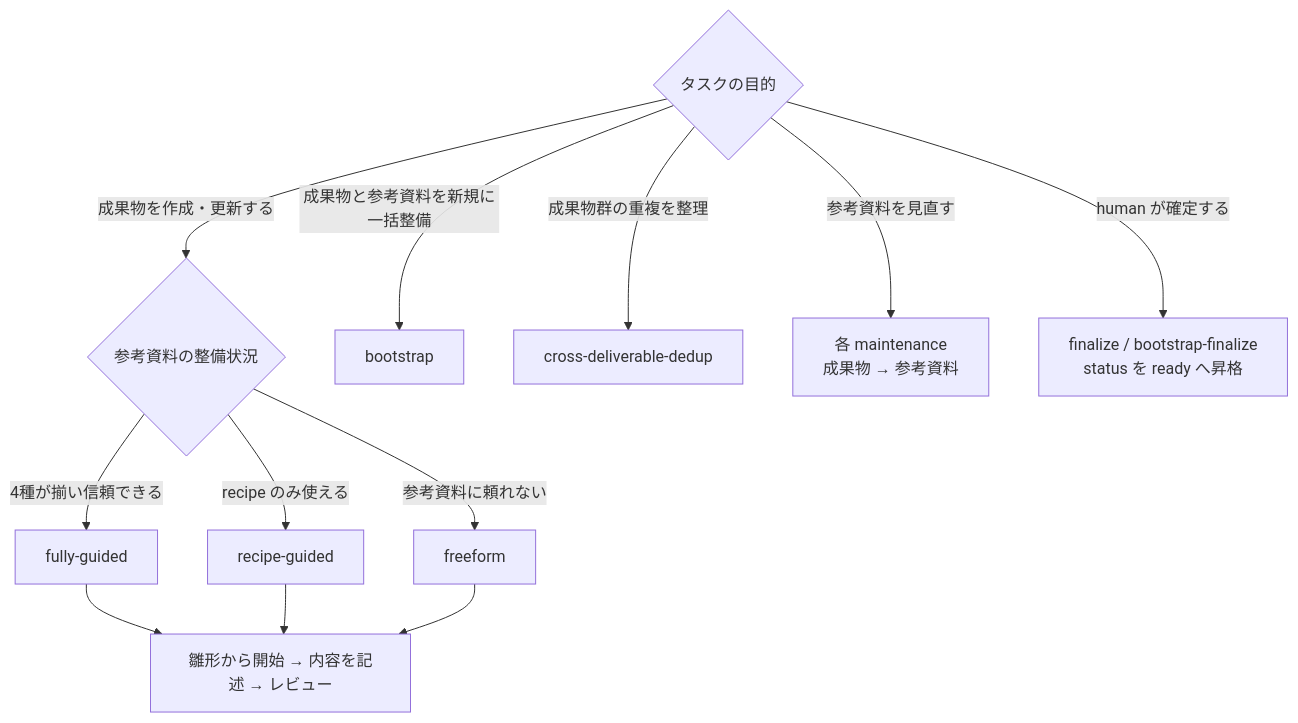
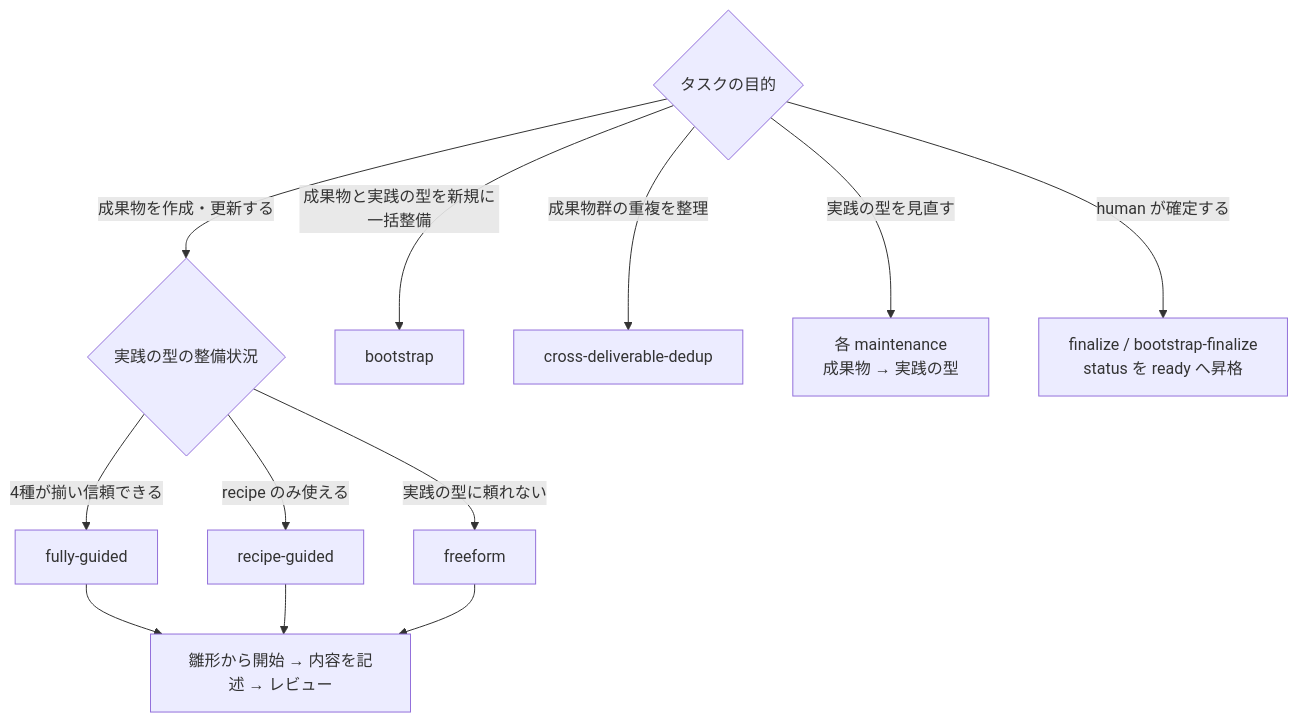
Before and after one commit to specdojo/specdojo: the diagram in docs/ja/specdojo/guides/reference-materials-guide.md, drawn with Mermaid. The commit also changed other lines of this file and 47 other files, not shown here.

````diff
--- a/docs/ja/specdojo/guides/reference-materials-guide.md
+++ b/docs/ja/specdojo/guides/reference-materials-guide.md
@@ -54,15 +52,15 @@
 ```mermaid
 flowchart TD
   P{"タスクの目的"}
-  P -->|"成果物を作成・更新する"| M{"参考資料の整備状況"}
+  P -->|"成果物を作成・更新する"| M{"実践の型の整備状況"}
   M -->|"4種が揃い信頼できる"| FG["fully-guided"]
   M -->|"recipe のみ使える"| RG["recipe-guided"]
-  M -->|"参考資料に頼れない"| FF["freeform"]
+  M -->|"実践の型に頼れない"| FF["freeform"]
   FG --> W["雛形から開始 → 内容を記述 → レビュー"]
   RG --> W
   FF --> W
-  P -->|"成果物と参考資料を新規に一括整備"| BS["bootstrap"]
+  P -->|"成果物と実践の型を新規に一括整備"| BS["bootstrap"]
   P -->|"成果物群の重複を整理"| DD["cross-deliverable-dedup"]
-  P -->|"参考資料を見直す"| MT["各 maintenance<br/>成果物 → 参考資料"]
+  P -->|"実践の型を見直す"| MT["各 maintenance<br/>成果物 → 実践の型"]
   P -->|"human が確定する"| FIN["finalize / bootstrap-finalize<br/>status を ready へ昇格"]
 ```
````
